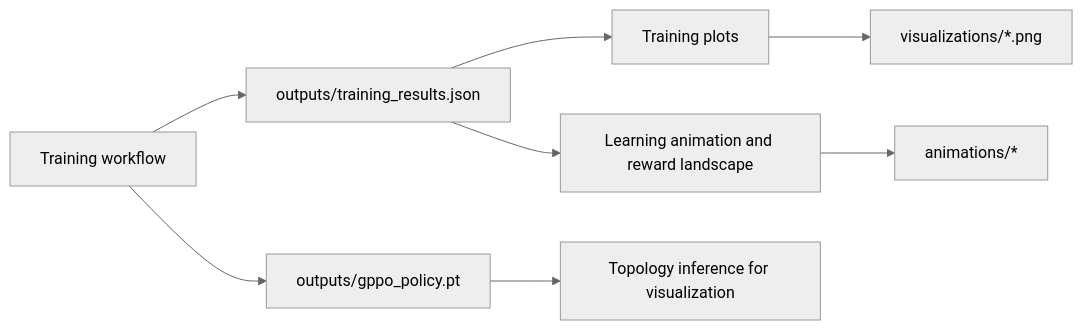
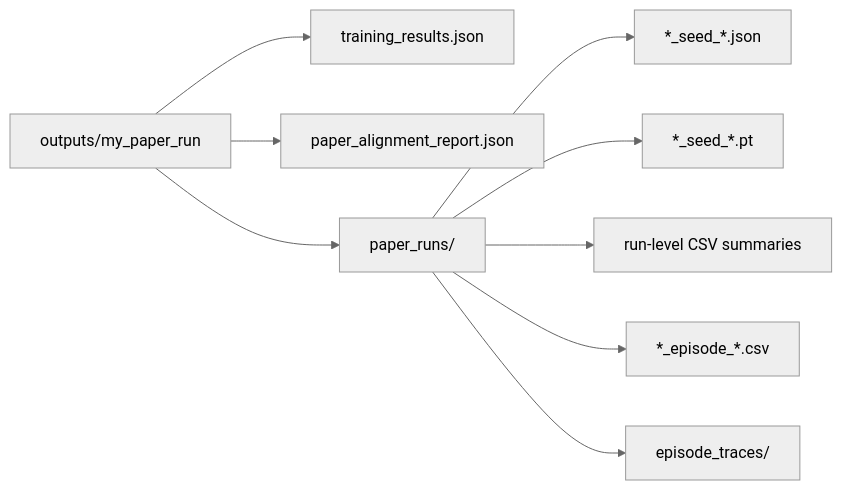
One commit to DrGMark7/ORAN-GPPO changed diagram 12 of 12 in ARCHITECTURE.md. Above: the diagram before and after it, drawn with Mermaid (neutral theme). The commit also changed other lines of this file and 33 other files, not shown here.

````diff
--- a/ARCHITECTURE.md
+++ b/ARCHITECTURE.md
@@ -450,12 +405,13 @@
 ```mermaid
 flowchart LR
-    Train[Training workflow] --> ResultsJson[outputs/training_results.json]
-    Train --> PolicyPt[outputs/gppo_policy.pt]
+    BaseRun[outputs/my_paper_run]
+    BaseRun --> AggregateJson[training_results.json]
+    BaseRun --> AggregateReport[paper_alignment_report.json]
+    BaseRun --> PaperRuns[paper_runs/]
 
-    ResultsJson --> VisualCharts[Training plots]
-    ResultsJson --> AnimAssets[Learning animation and reward landscape]
-    PolicyPt --> TopologyInference[Topology inference for visualization]
-
-    VisualCharts --> VizDir[visualizations/*.png]
-    AnimAssets --> AnimDir[animations/*]
+    PaperRuns --> SeedJsons[*_seed_*.json]
+    PaperRuns --> SeedPts[*_seed_*.pt]
+    PaperRuns --> SeedCsvs[run-level CSV summaries]
+    PaperRuns --> SeedTraceCsvs[*_episode_*.csv]
+    PaperRuns --> SeedTraceDir[episode_traces/]
 ```
````
